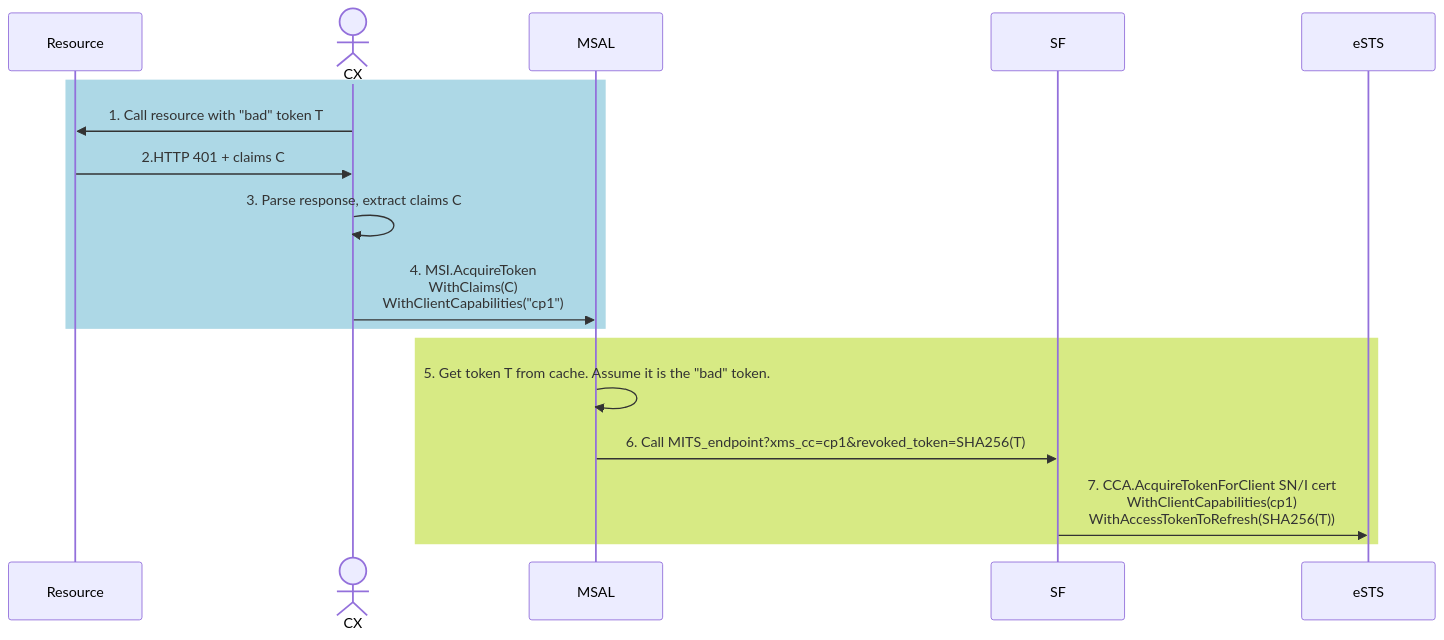
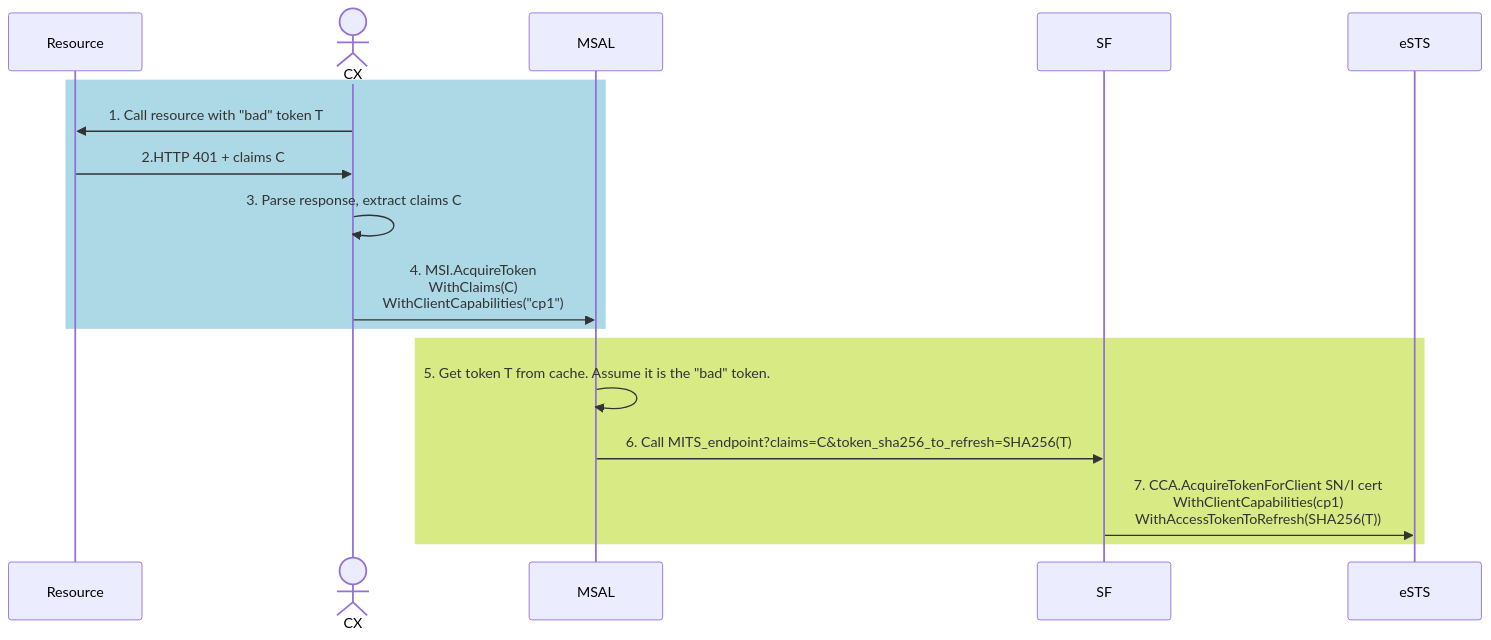
The first of 2 diagrams in docs/msiv1_token_revocation.md (AzureAD/microsoft-authentication-library-for-dotnet), drawn with Mermaid before and after one commit.

````diff
--- a/docs/msiv1_token_revocation.md
+++ b/docs/msiv1_token_revocation.md
@@ -13,20 +13,20 @@
 ```mermaid
 sequenceDiagram
     participant Resource
     actor CX
     participant MSAL
     participant SF        
     participant eSTS
 
 rect rgb(173, 216, 230)
     CX->> Resource: 1. Call resource with "bad" token T
     Resource->>CX: 2.HTTP 401 + claims C
     CX->>CX: 3. Parse response, extract claims C
     CX->>MSAL: 4. MSI.AcquireToken <br/> WithClaims(C) <br/> WithClientCapabilities("cp1")
 end
 rect rgb(215, 234, 132)
     MSAL->>MSAL: 5. Get token T from cache. Assume it is the "bad" token.
-    MSAL->>SF: 6. Call MITS_endpoint?xms_cc=cp1&revoked_token=SHA256(T)
+    MSAL->>SF: 6. Call MITS_endpoint?claims=C&token_sha256_to_refresh=SHA256(T)
     SF->>eSTS: 7. CCA.AcquireTokenForClient SN/I cert <br/> WithClientCapabilities(cp1) <br/> WithAccessTokenToRefresh(SHA256(T))
 end
 ```
````
